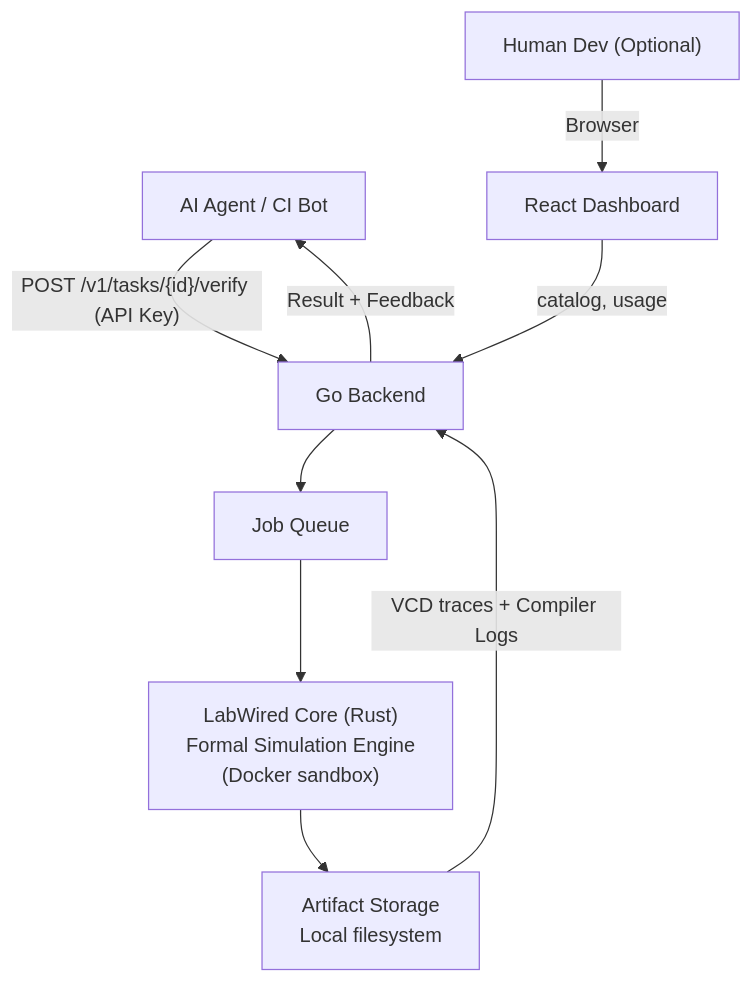
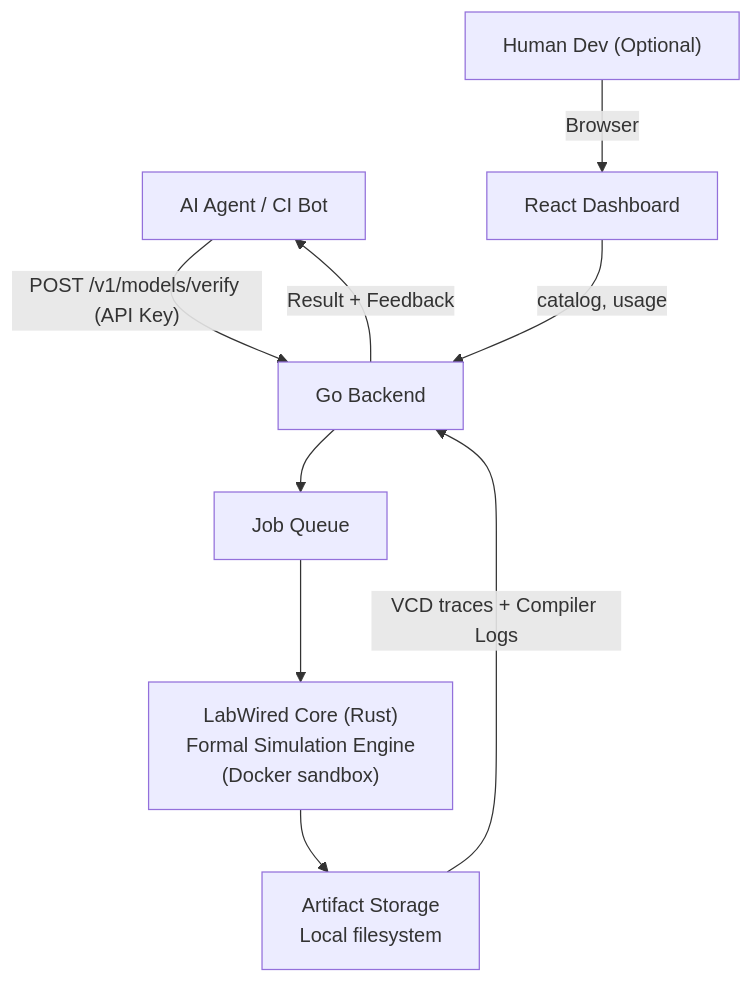
One commit to w1ne/labwired-core changed the diagram in docs/specs/FOUNDRY_SPEC.md. Above: the diagram before and after it, drawn with Mermaid. The commit also changed other lines of this file and 3 other files, not shown here.

Commit message:
refactor(api): simplify to stateless compiler model by removing task endpoints and renaming verify

````diff
--- a/docs/specs/FOUNDRY_SPEC.md
+++ b/docs/specs/FOUNDRY_SPEC.md
@@ -26,12 +26,12 @@
 ```mermaid
 graph TD
-    A["AI Agent / CI Bot"] -->|"POST /v1/tasks/{id}/verify (API Key)"| B[Go Backend]
+    A["AI Agent / CI Bot"] -->|"POST /v1/models/verify (API Key)"| B[Go Backend]
     B --> C[Job Queue]
     C --> D["LabWired Core (Rust)\nFormal Simulation Engine\n(Docker sandbox)"]
     D --> E[Artifact Storage\nLocal filesystem]
     E -->|"VCD traces + Compiler Logs"| B
     B -->|"Result + Feedback"| A
 
     F["Human Dev (Optional)"] -->|"Browser"| G[React Dashboard]
     G -->|"catalog, usage"| B
 ```
````
